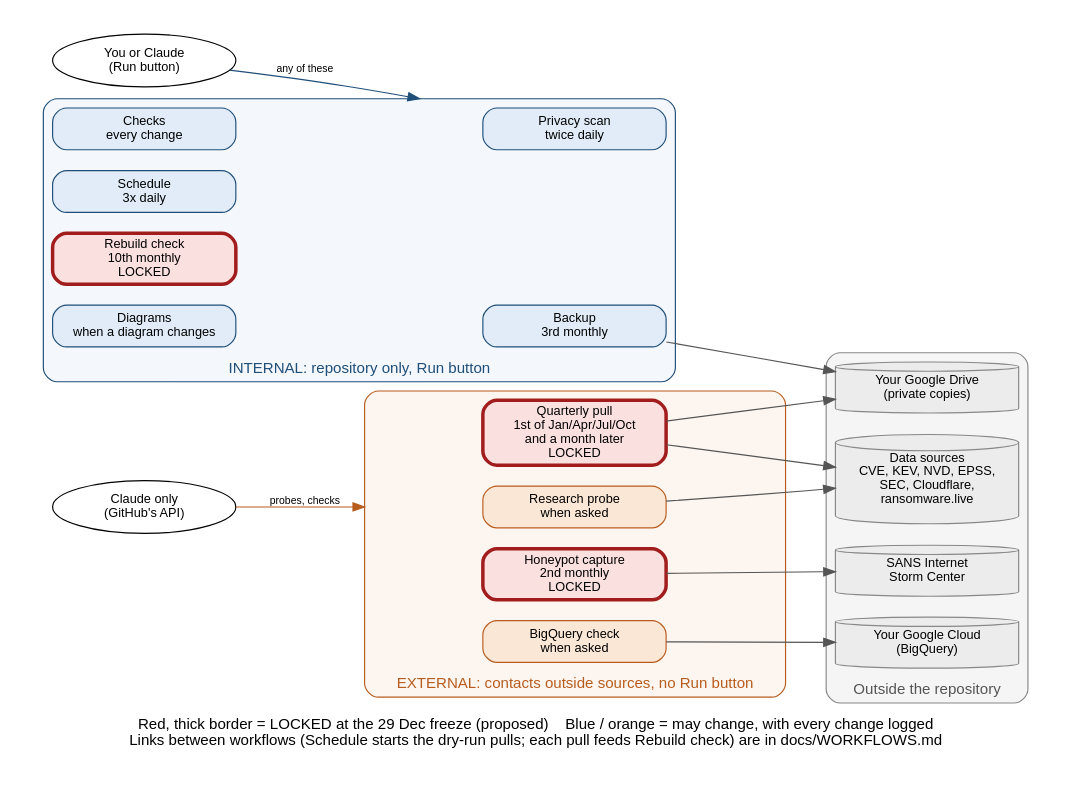
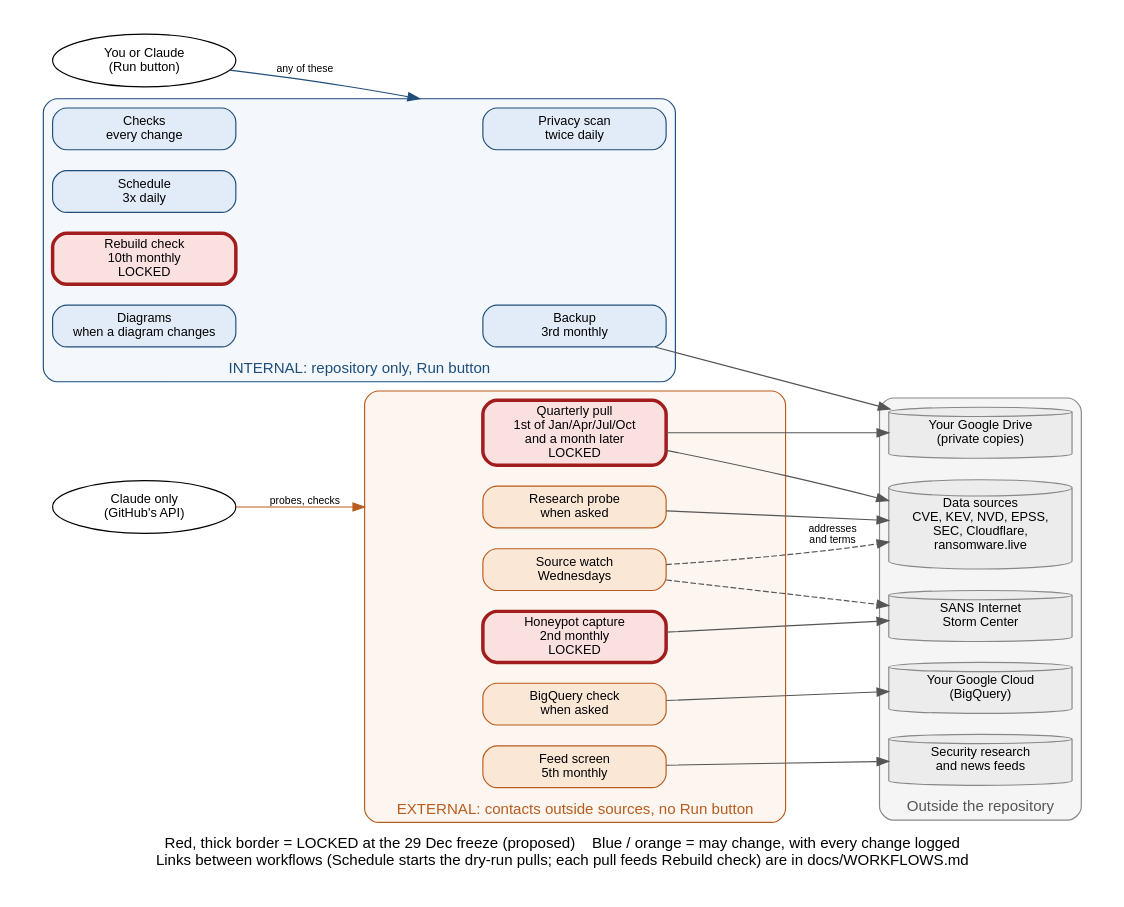
One commit to pagagne/internet-security-snapshot changed the diagram in docs/diagrams/workflow_runs.dot. Above: the diagram before and after it, drawn with Graphviz. The commit also changed 12 other files, not shown here.

First line of the commit message:
Source watch (author, 30 Oct): weekly check of every core and companion data address and terms page, mid-year change rule (CHANGE_POLICY section 7), dated and archived terms copies

```diff
--- a/docs/diagrams/workflow_runs.dot
+++ b/docs/diagrams/workflow_runs.dot
@@ -1,50 +1,53 @@
 // Workflows: internal (Run button) vs external (API only, no button), and the proposed lock at
 // the 29 Dec 2026 freeze (decision item 22: draft lock list 14 Dec, author's review 18 Dec,
 // decided 21 Dec). Source of truth: docs/WORKFLOWS.md and docs/SOP_MANUAL_RUNS.md.
 // Render: dot -Tpng -Gdpi=150 docs/diagrams/workflow_runs.dot -o docs/diagrams/workflow_runs.png
 digraph workflows {
   graph [rankdir=LR, fontname="Helvetica", fontsize=13, nodesep=0.25, ranksep=0.7, newrank=true, compound=true, pad=0.3,
          label="Red, thick border = LOCKED at the 29 Dec freeze (proposed)    Blue / orange = may change, with every change logged\nLinks between workflows (Schedule starts the dry-run pulls; each pull feeds Rebuild check) are in docs/WORKFLOWS.md",
          labelloc=b];
   node  [fontname="Helvetica", fontsize=11, shape=box, style="rounded,filled", width=2.2];
   edge  [fontname="Helvetica", fontsize=9, color="#555555"];
 
   you    [label="You or Claude\n(Run button)", shape=oval, fillcolor="#ffffff"];
   claude [label="Claude only\n(GitHub's API)", shape=oval, fillcolor="#ffffff"];
 
   subgraph cluster_int {
     label="INTERNAL: repository only, Run button"; style="rounded,filled"; fillcolor="#f4f8fd"; color="#1f4e79"; fontcolor="#1f4e79";
     node [fillcolor="#e1ecf8", color="#1f4e79"];
     checks  [label="Checks\nevery change"];
     privacy [label="Privacy scan\ntwice daily"];
     sched   [label="Schedule\n3x daily"];
     rebuild [label="Rebuild check\n10th monthly\nLOCKED", fillcolor="#fbe0e0", color="#a11d1d", penwidth=3];
     diag    [label="Diagrams\nwhen a diagram changes"];
     backup  [label="Backup\n3rd monthly"];
   }
 
   subgraph cluster_ext {
     label="EXTERNAL: contacts outside sources, no Run button"; style="rounded,filled"; fillcolor="#fdf6f0"; color="#b85c1e"; fontcolor="#b85c1e";
     node [fillcolor="#fbe7d6", color="#b85c1e"];
     pull  [label="Quarterly pull\n1st of Jan/Apr/Jul/Oct\nand a month later\nLOCKED", fillcolor="#fbe0e0", color="#a11d1d", penwidth=3];
     honey [label="Honeypot capture\n2nd monthly\nLOCKED", fillcolor="#fbe0e0", color="#a11d1d", penwidth=3];
     probe [label="Research probe\nwhen asked"];
     bq    [label="BigQuery check\nwhen asked"];
+    feeds [label="Feed screen\n5th monthly"];
+    watch [label="Source watch\nWednesdays"];
   }
 
   subgraph cluster_out {
     label="Outside the repository"; style="rounded,filled"; fillcolor="#f5f5f5"; color="#888888"; fontcolor="#555555";
     node [shape=cylinder, fillcolor="#ececec", color="#888888", style=filled];
     sources [label="Data sources\nCVE, KEV, NVD, EPSS,\nSEC, Cloudflare,\nransomware.live"];
     sans    [label="SANS Internet\nStorm Center"];
     gcp     [label="Your Google Cloud\n(BigQuery)"];
     drive   [label="Your Google Drive\n(private copies)"];
+    news    [label="Security research\nand news feeds"];
   }
 
   // one column each: who starts it | the workflows | what they reach
   { rank=same; you; claude; }
-    { rank=same; sources; sans; gcp; drive; }
+    { rank=same; sources; sans; gcp; drive; news; }
   you -> privacy [lhead=cluster_int, color="#1f4e79", label="any of these"];
   claude -> probe [lhead=cluster_ext, color="#b85c1e", label="probes, checks"];
-  pull -> sources; pull -> drive; probe -> sources; honey -> sans; bq -> gcp; backup -> drive;
+  pull -> sources; pull -> drive; probe -> sources; honey -> sans; bq -> gcp; backup -> drive; feeds -> news; watch -> sources [style=dashed, label="addresses\nand terms"]; watch -> sans [style=dashed];
 }
```
